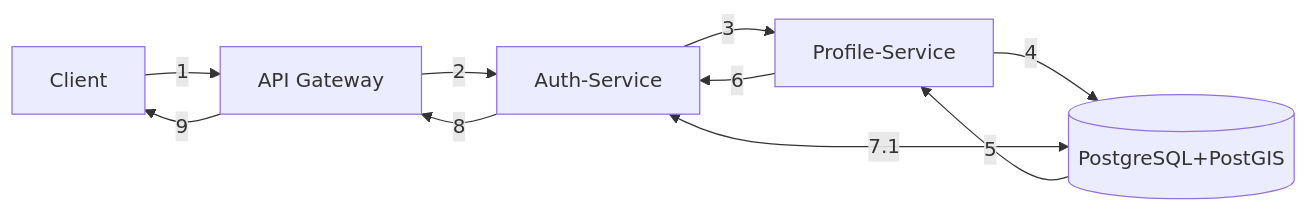
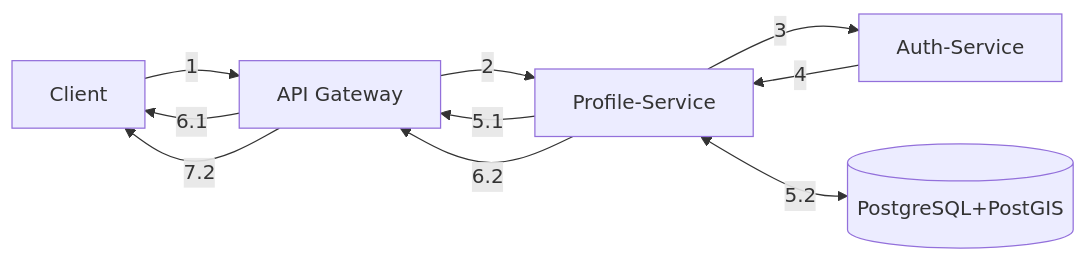
One commit to isOdin-l/TinderArt changed the first of 9 diagrams in docs/workflow-simple.md. Above: the diagram before and after it, drawn with Mermaid. The commit also changed other lines of this file and 5 other files, not shown here.

Commit message:
docs: updated workflow, architecture, structures docs

````diff
--- a/docs/workflow-simple.md
+++ b/docs/workflow-simple.md
@@ -4,14 +4,16 @@
 ```mermaid
 flowchart LR
 
 Client["Client"]
 Gateway["API Gateway"]
 Auth["Auth-Service"]
 Profile["Profile-Service"]
 DB_Profile[("PostgreSQL+PostGIS")]
 
-Client -->|1| Gateway -->|2| Auth-->|3| Profile-->|4| DB_Profile-->|5| Profile-->|6| Auth
+Client -->|1| Gateway -->|2| Profile-->|3| Auth-->|4| Profile 
+Profile-->|5.1| Gateway -->|6.1| Client
 
-Auth<-->|7.1| DB_Profile 
-Auth-->|8| Gateway-->|9| Client
+Profile <-->|5.2| DB_Profile
+Profile-->|6.2| Gateway -->|7.2| Client
+
 ```
````
